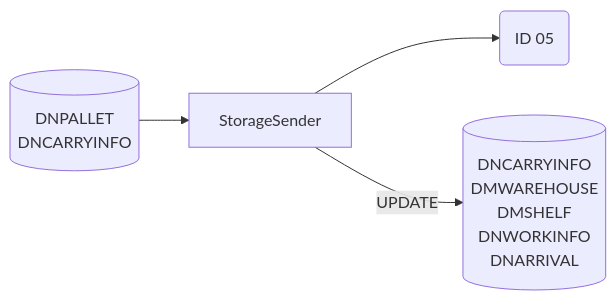
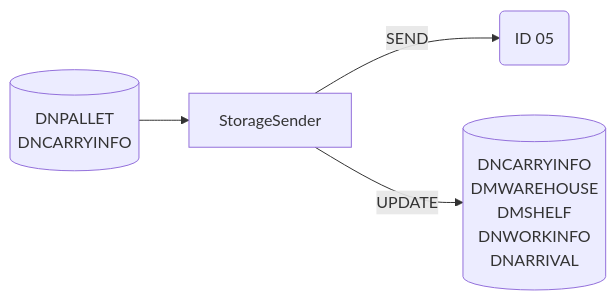
Before and after one commit to luthfiadityaa/SimeDarby-Wiki: diagram 15 of 22 in Basic-Design/DFD-WMS/Inventory-Check/Inventory-Check-from-Ambient-Area.md, drawn with Mermaid. The commit also changed other lines of this file, not shown here.

Commit message:
Updated Inventory Check from Ambient Area

```diff
--- a/Basic-Design/DFD-WMS/Inventory-Check/Inventory-Check-from-Ambient-Area.md
+++ b/Basic-Design/DFD-WMS/Inventory-Check/Inventory-Check-from-Ambient-Area.md
@@ -630,21 +630,21 @@
 ::: mermaid
 flowchart LR
 automaticmodechangesender-update[("
 DNCARRYINFO
 DMWAREHOUSE
 DMSHELF
 DNWORKINFO
 DNARRIVAL
 ")]
 automaticmodechangesender-input[("
 DNPALLET
 DNCARRYINFO
 ")]
 
 id05msg("
 ID 05
 ")
 
-automaticmodechangesender-input-->StorageSender-->id05msg
+automaticmodechangesender-input-->StorageSender-->|SEND|id05msg
 StorageSender--> |UPDATE| automaticmodechangesender-update
 :::
```
